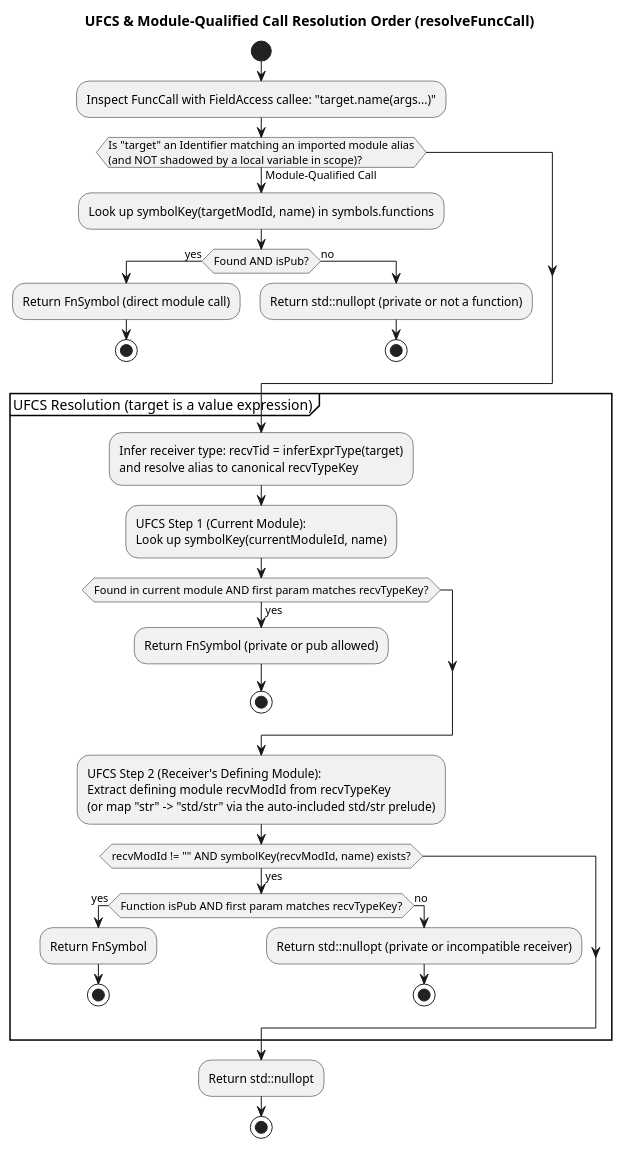
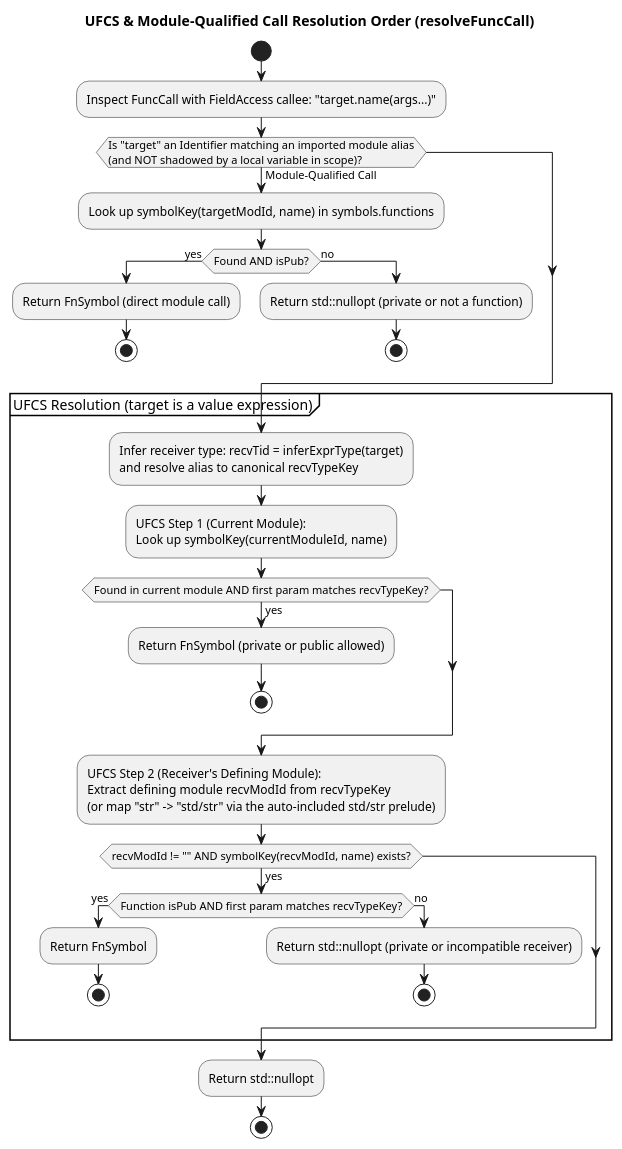
Before and after one commit to lawson89/clean_basic: the second of 2 diagrams in docs/semantic_analyzer.md, drawn with PlantUML. The commit also changed other lines of this file and 38 other files, not shown here.

First line of the commit message:
feat: replace pub with public, add private struct fields, and harden Unity build emission

````diff
--- a/docs/semantic_analyzer.md
+++ b/docs/semantic_analyzer.md
@@ -177,49 +177,49 @@
 ```plantuml
 @startuml
 skinparam monochrome false
 title UFCS & Module-Qualified Call Resolution Order (resolveFuncCall)
 
 start
 :Inspect FuncCall with FieldAccess callee: "target.name(args...)";
 
 if (Is "target" an Identifier matching an imported module alias
 (and NOT shadowed by a local variable in scope)?) then (Module-Qualified Call)
   :Look up symbolKey(targetModId, name) in symbols.functions;
   if (Found AND isPub?) then (yes)
     :Return FnSymbol (direct module call);
     stop
   else (no)
     :Return std::nullopt (private or not a function);
     stop
   endif
 endif
 
 partition "UFCS Resolution (target is a value expression)" {
   :Infer receiver type: recvTid = inferExprType(target)
   and resolve alias to canonical recvTypeKey;
 
   :UFCS Step 1 (Current Module):
   Look up symbolKey(currentModuleId, name);
   if (Found in current module AND first param matches recvTypeKey?) then (yes)
-    :Return FnSymbol (private or pub allowed);
+    :Return FnSymbol (private or public allowed);
     stop
   endif
 
   :UFCS Step 2 (Receiver's Defining Module):
   Extract defining module recvModId from recvTypeKey
   (or map "str" -> "std/str" via the auto-included std/str prelude);
   if (recvModId != "" AND symbolKey(recvModId, name) exists?) then (yes)
     if (Function isPub AND first param matches recvTypeKey?) then (yes)
       :Return FnSymbol;
       stop
     else (no)
       :Return std::nullopt (private or incompatible receiver);
       stop
     endif
   endif
 }
 
 :Return std::nullopt;
 stop
 @enduml
 ```
````
